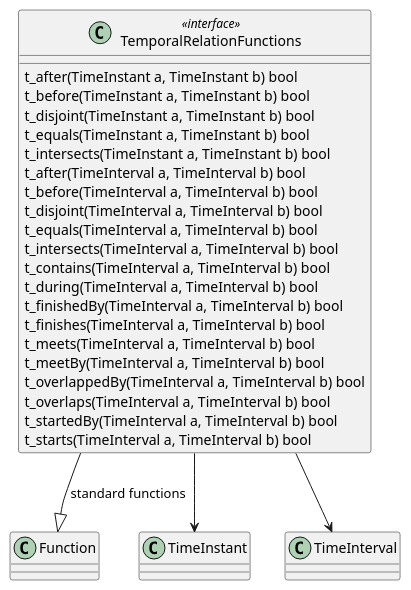
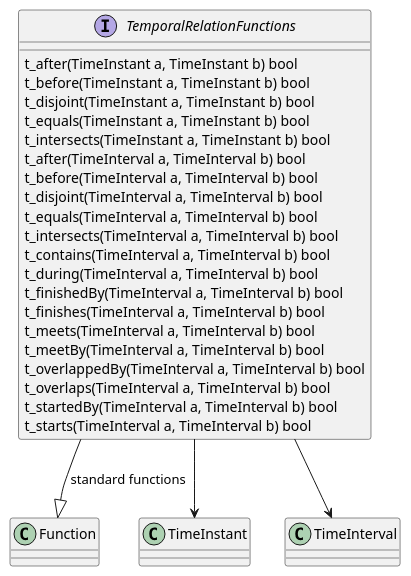
The sixth of 10 diagrams in core/sections/clause_18_functions.adoc (opengeospatial/styles-and-symbology), drawn with PlantUML before and after one commit. The commit also changed other lines of this file and 8 other files, not shown here.

Commit message:
correction to plantuml naming conventions

```diff
--- a/core/sections/clause_18_functions.adoc
+++ b/core/sections/clause_18_functions.adoc
@@ -434,27 +434,27 @@
 [plantuml, target=diagram-classes, format=png]
 ....
-class TemporalRelationFunctions <<interface>>
+interface TemporalRelationFunctions
 TemporalRelationFunctions --|> Function : standard functions
 TemporalRelationFunctions : t_after(TimeInstant a, TimeInstant b) bool
 TemporalRelationFunctions : t_before(TimeInstant a, TimeInstant b) bool
 TemporalRelationFunctions : t_disjoint(TimeInstant a, TimeInstant b) bool
 TemporalRelationFunctions : t_equals(TimeInstant a, TimeInstant b) bool
 TemporalRelationFunctions : t_intersects(TimeInstant a, TimeInstant b) bool
 TemporalRelationFunctions : t_after(TimeInterval a, TimeInterval b) bool
 TemporalRelationFunctions : t_before(TimeInterval a, TimeInterval b) bool
 TemporalRelationFunctions : t_disjoint(TimeInterval a, TimeInterval b) bool
 TemporalRelationFunctions : t_equals(TimeInterval a, TimeInterval b) bool
 TemporalRelationFunctions : t_intersects(TimeInterval a, TimeInterval b) bool
 TemporalRelationFunctions : t_contains(TimeInterval a, TimeInterval b) bool
 TemporalRelationFunctions : t_during(TimeInterval a, TimeInterval b) bool
 TemporalRelationFunctions : t_finishedBy(TimeInterval a, TimeInterval b) bool
 TemporalRelationFunctions : t_finishes(TimeInterval a, TimeInterval b) bool
 TemporalRelationFunctions : t_meets(TimeInterval a, TimeInterval b) bool
 TemporalRelationFunctions : t_meetBy(TimeInterval a, TimeInterval b) bool
 TemporalRelationFunctions : t_overlappedBy(TimeInterval a, TimeInterval b) bool
 TemporalRelationFunctions : t_overlaps(TimeInterval a, TimeInterval b) bool
 TemporalRelationFunctions : t_startedBy(TimeInterval a, TimeInterval b) bool
 TemporalRelationFunctions : t_starts(TimeInterval a, TimeInterval b) bool
 TemporalRelationFunctions --> TimeInstant
 TemporalRelationFunctions --> TimeInterval
 ....
```
